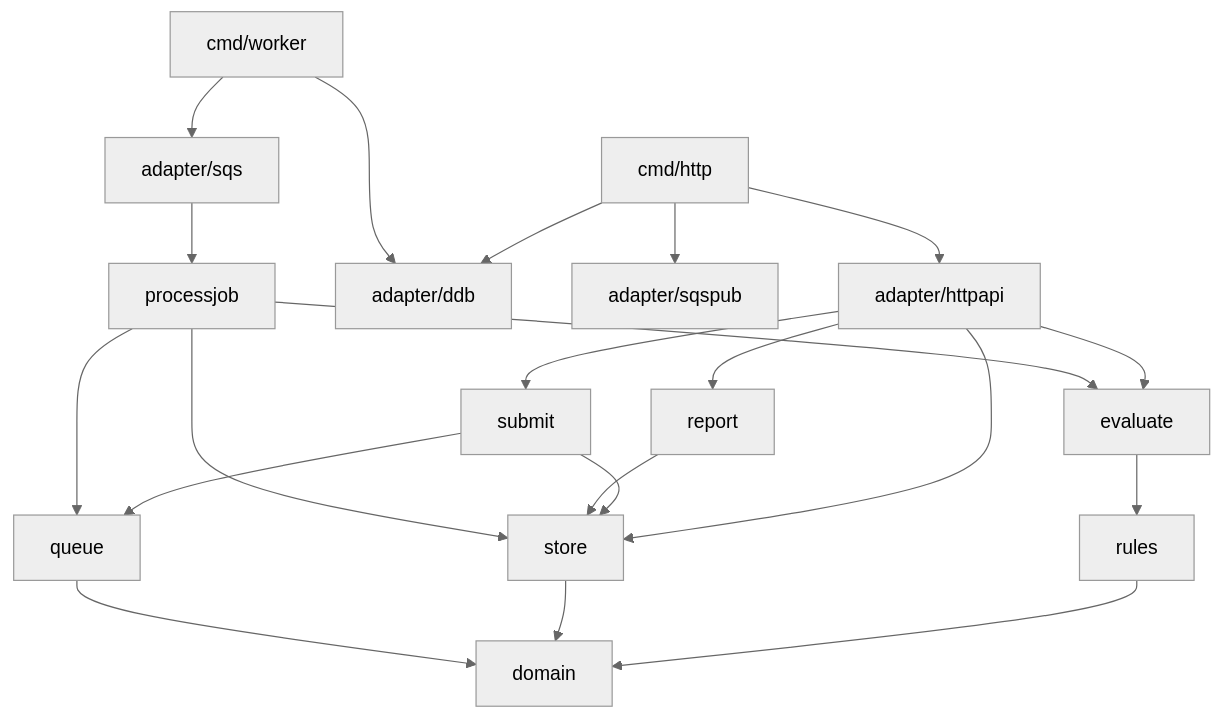
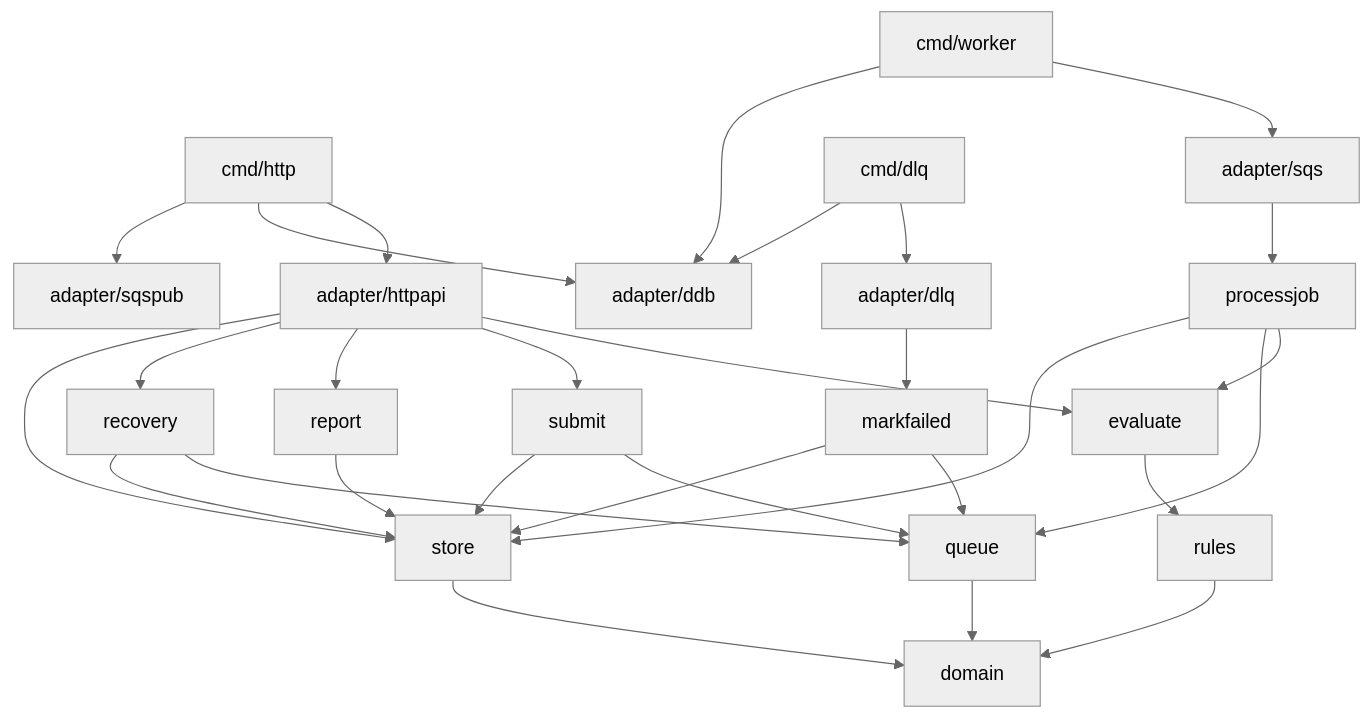
The third of 4 diagrams in docs/architecture.md (vitoladev/credit-card-engine), drawn with Mermaid (neutral theme) before and after one commit. The commit also changed other lines of this file and 21 other files, not shown here.

````diff
--- a/docs/architecture.md
+++ b/docs/architecture.md
@@ -151,23 +229,31 @@
 ```mermaid
 flowchart TB
   http["cmd/http"] --> httpapi["adapter/httpapi"]
   http --> ddbA["adapter/ddb"]
   http --> pub["adapter/sqspub"]
   worker["cmd/worker"] --> sqs["adapter/sqs"]
   worker --> ddbA
+  dlqCmd["cmd/dlq"] --> dlqA["adapter/dlq"]
+  dlqCmd --> ddbA
+  dlqA --> markfailed
+  markfailed --> queue
+  markfailed --> store
   httpapi --> evaluate
   httpapi --> submit
   httpapi --> report
+  httpapi --> recovery
   httpapi --> store
+  recovery --> queue
+  recovery --> store
   submit --> queue["queue"]
   submit --> store
   report --> store
   sqs --> job["processjob"]
   job --> evaluate
   job --> queue
   job --> store
   evaluate["evaluate"] --> chain["rules"]
   chain --> domain["domain"]
   store --> domain
   queue --> domain
 ```
````
